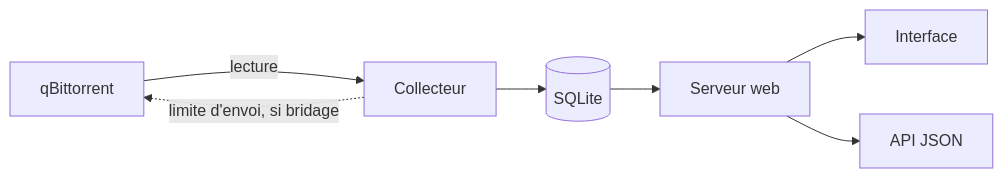
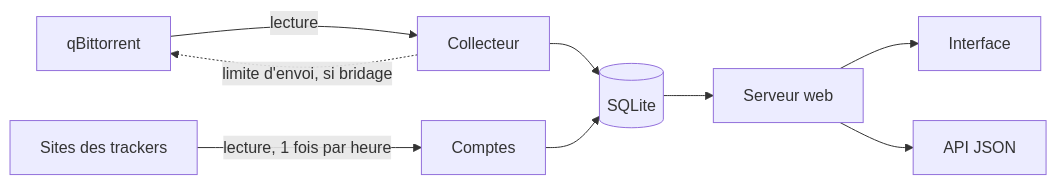
Before and after one commit to GraberThomas/seedscope: the diagram in README.md, drawn with Mermaid. The commit also changed other lines of this file and 12 other files, not shown here.

````diff
--- a/README.md
+++ b/README.md
@@ -257,9 +281,11 @@
 ```mermaid
 flowchart LR
     Q[qBittorrent] -- lecture --> C[Collecteur]
     C -.->|"limite d'envoi, si bridage"| Q
     C --> D[(SQLite)]
+    T[Sites des trackers] -- "lecture, 1 fois par heure" --> P[Comptes]
+    P --> D
     D --> W[Serveur web]
     W --> I[Interface]
     W --> A[API JSON]
 ```
````
